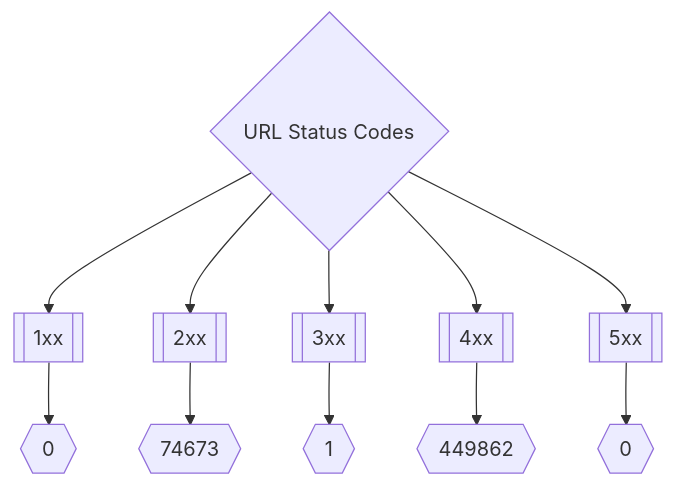
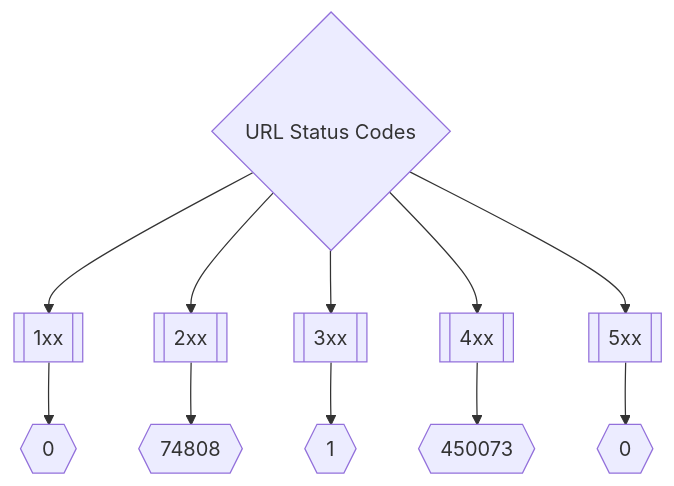
The second of 3 diagrams in README.md (trickest/inventory), drawn with Mermaid before and after one commit. The commit also changed other lines of this file and 112 other files, not shown here.

````diff
--- a/README.md
+++ b/README.md
@@ -173,8 +173,8 @@
 ```mermaid
 graph TD
 title{URL Status Codes} --> 1xx[[1xx]] --> status1xxNum{{0}}
-title --> 2xx[[2xx]] --> status2xxNum{{74673}}
+title --> 2xx[[2xx]] --> status2xxNum{{74808}}
 title --> 3xx[[3xx]] --> status3xxNum{{1}}
-title --> 4xx[[4xx]] --> status4xxNum{{449862}}
+title --> 4xx[[4xx]] --> status4xxNum{{450073}}
 title --> 5xx[[5xx]] --> status5xxNum{{0}}
 ```
````
